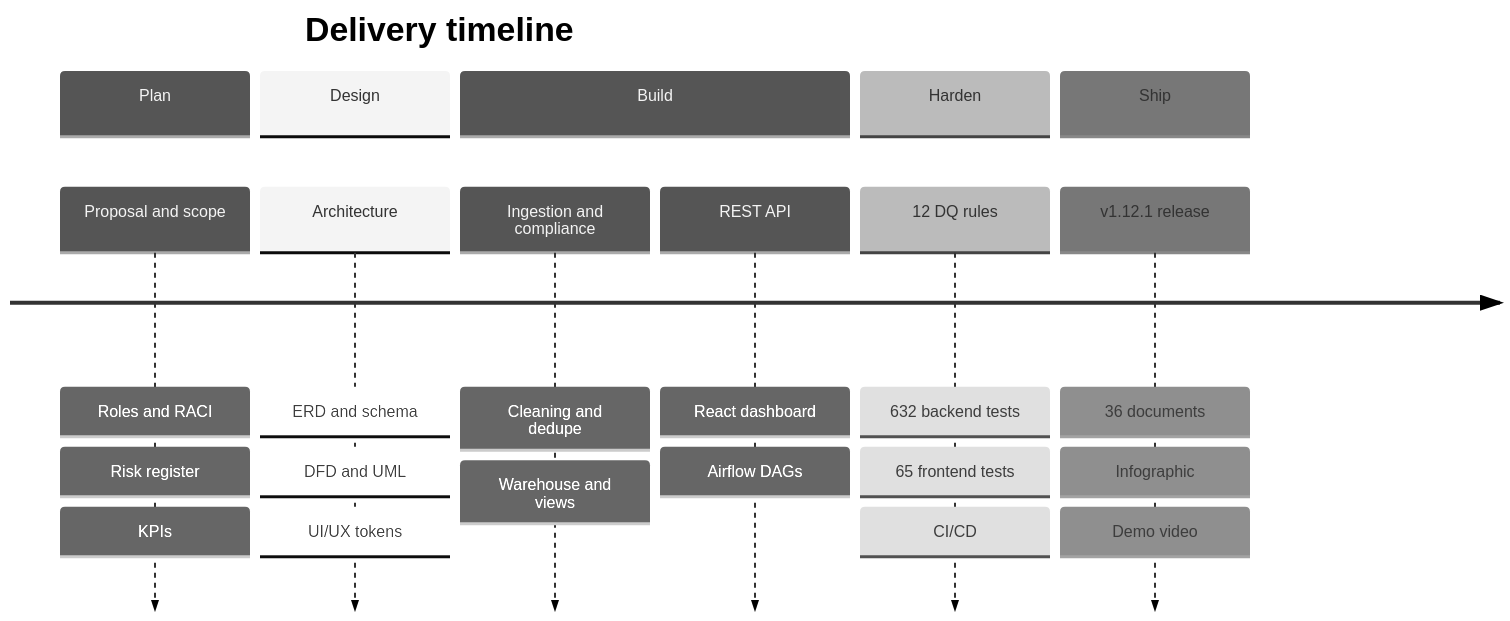
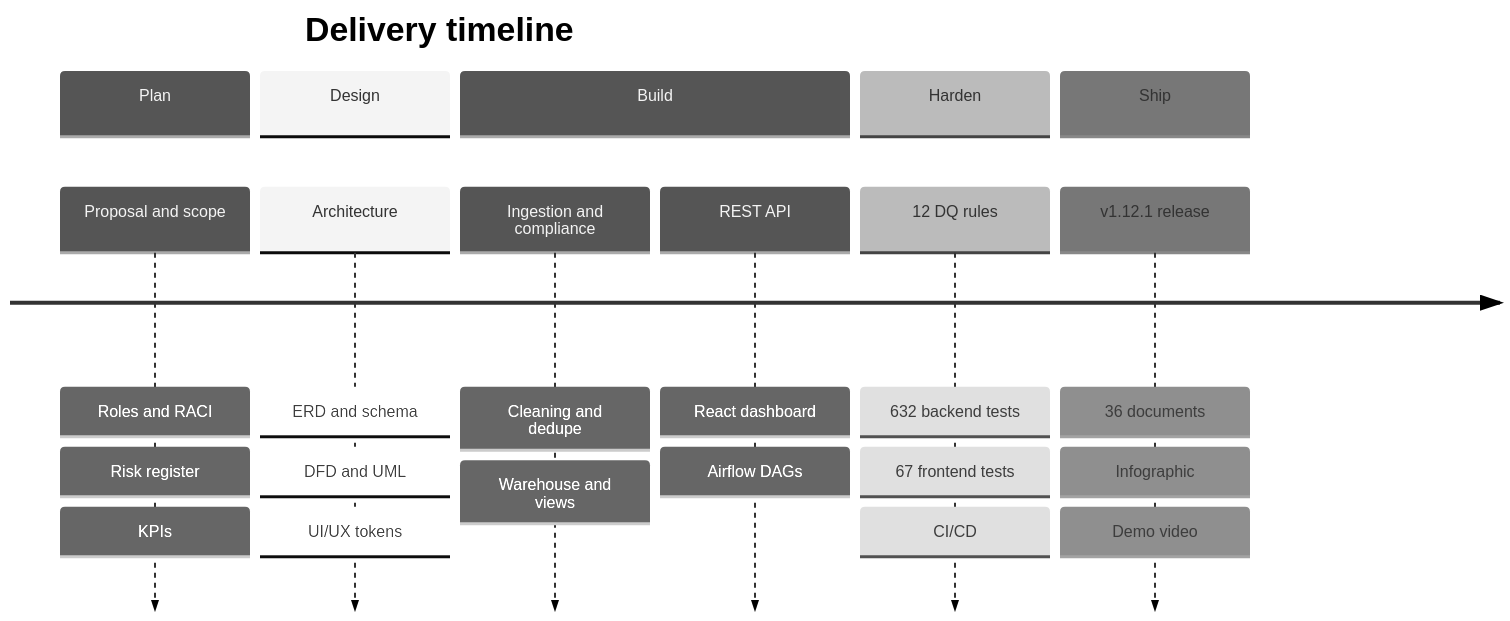
One commit to Ahmedbakr78/Web-to-Warehouse-Product-Intelligence-Pipeline changed the fourth of 8 diagrams in docs/38_extended_diagram_suite.md. Above: the diagram before and after it, drawn with Mermaid (neutral theme). The commit also changed 4 other files, not shown here.

````diff
--- a/docs/38_extended_diagram_suite.md
+++ b/docs/38_extended_diagram_suite.md
@@ -79,15 +79,15 @@
 ```mermaid
 timeline
     title Delivery timeline
     section Plan
       Proposal and scope : Roles and RACI : Risk register : KPIs
     section Design
       Architecture : ERD and schema : DFD and UML : UI/UX tokens
     section Build
       Ingestion and compliance : Cleaning and dedupe : Warehouse and views
       REST API : React dashboard : Airflow DAGs
     section Harden
-      12 DQ rules : 632 backend tests : 65 frontend tests : CI/CD
+      12 DQ rules : 632 backend tests : 67 frontend tests : CI/CD
     section Ship
       v1.12.1 release : 36 documents : Infographic : Demo video
 ```
````
